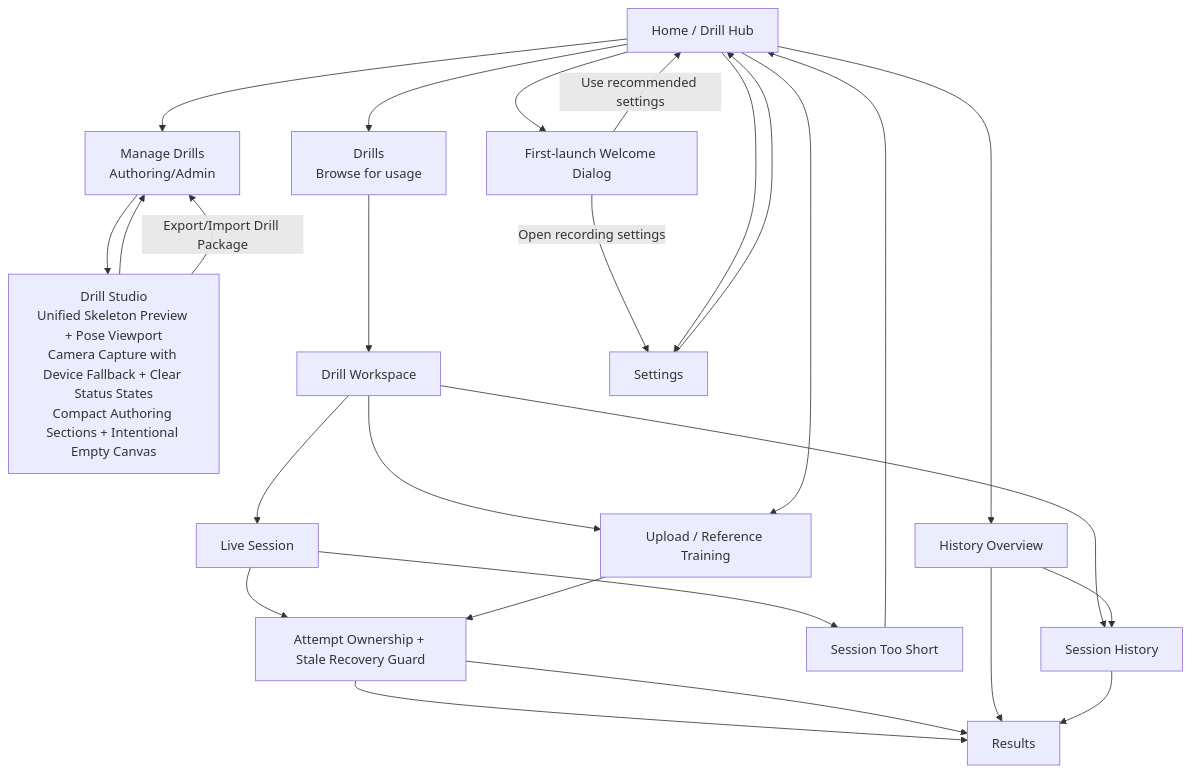
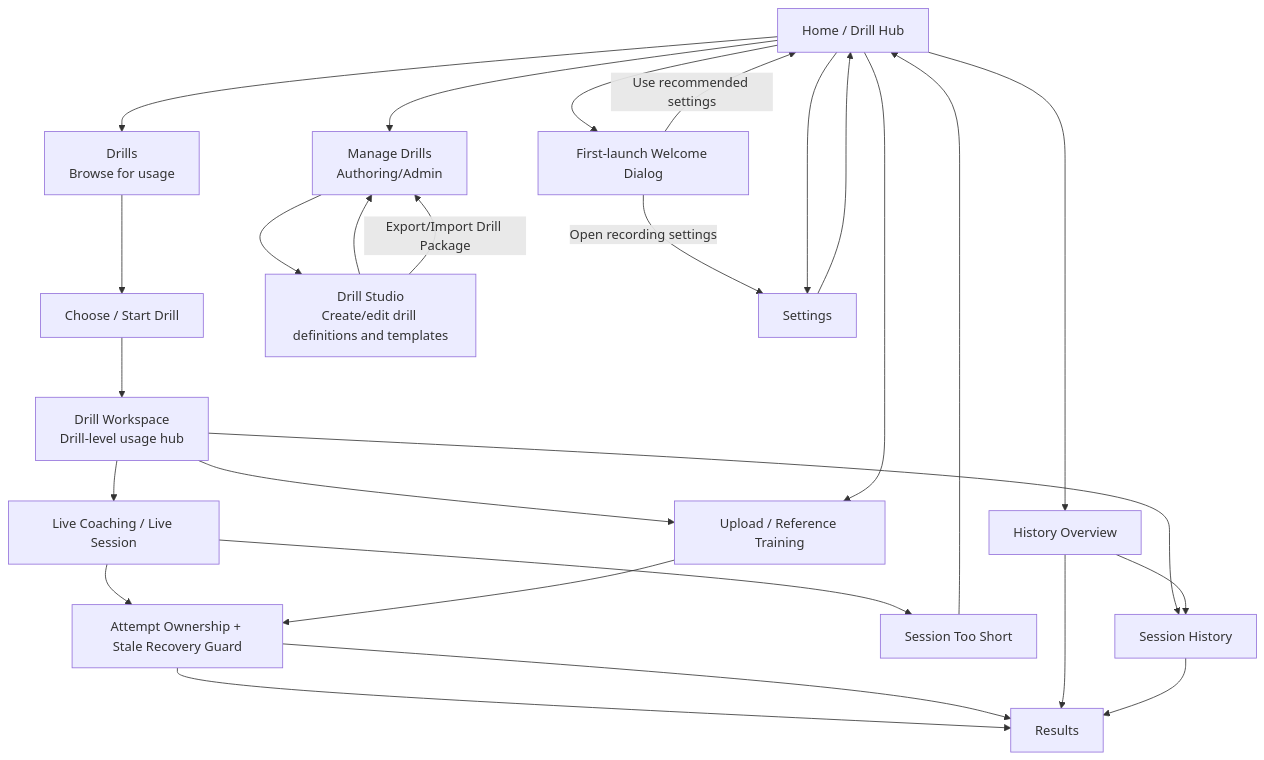
Before and after one commit to Voycepeh/Handstand-App: the diagram in docs/diagrams/ui-flow.md, drawn with Mermaid. The commit also changed 1 other file, not shown here.

Commit message:
docs: refocus README diagrams around live coaching flow

````diff
--- a/docs/diagrams/ui-flow.md
+++ b/docs/diagrams/ui-flow.md
@@ -3,41 +3,42 @@
 ```mermaid
 flowchart TD
     HOME[Home / Drill Hub]
     WELCOME[First-launch Welcome Dialog]
     DRILLS[Drills\nBrowse for usage]
-    LIVE[Live Session]
+    START[Choose / Start Drill]
+    WORKSPACE[Drill Workspace\nDrill-level usage hub]
+    LIVE[Live Coaching / Live Session]
     OWNERSHIP[Attempt Ownership + Stale Recovery Guard]
     SHORT[Session Too Short]
     RESULTS[Results]
     OVERVIEW[History Overview]
     HISTORY[Session History]
 
     MANAGE[Manage Drills\nAuthoring/Admin]
-    STUDIO[Drill Studio\nUnified Skeleton Preview + Pose Viewport\nCamera Capture with Device Fallback + Clear Status States\nCompact Authoring Sections + Intentional Empty Canvas]
-    WORKSPACE[Drill Workspace]
+    STUDIO[Drill Studio\nCreate/edit drill definitions and templates]
 
     UPLOAD[Upload / Reference Training]
     SETTINGS[Settings]
 
     HOME --> WELCOME
     WELCOME -->|Use recommended settings| HOME
     WELCOME -->|Open recording settings| SETTINGS
 
-    HOME --> DRILLS --> WORKSPACE
+    HOME --> DRILLS --> START --> WORKSPACE
     WORKSPACE --> LIVE
     LIVE --> OWNERSHIP --> RESULTS
     LIVE --> SHORT --> HOME
 
     HOME --> MANAGE --> STUDIO --> MANAGE
     STUDIO -->|Export/Import Drill Package| MANAGE
     WORKSPACE --> UPLOAD
     WORKSPACE --> HISTORY
 
     HOME --> UPLOAD --> OWNERSHIP --> RESULTS
     HOME --> OVERVIEW
     OVERVIEW --> RESULTS
     OVERVIEW --> HISTORY
     HISTORY --> RESULTS
 
     HOME --> SETTINGS --> HOME
 ```
````
